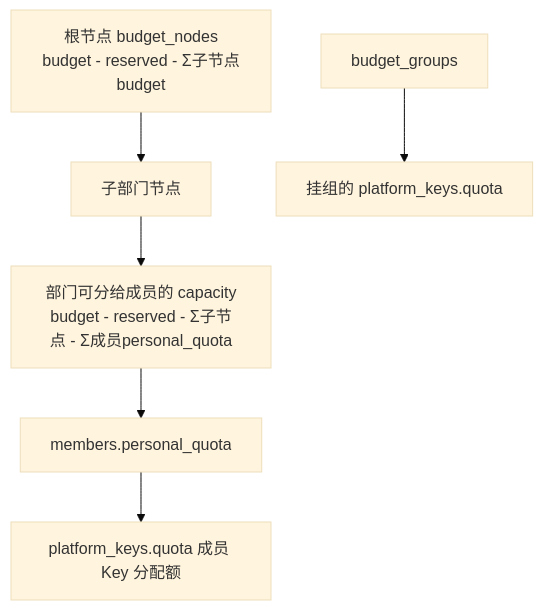
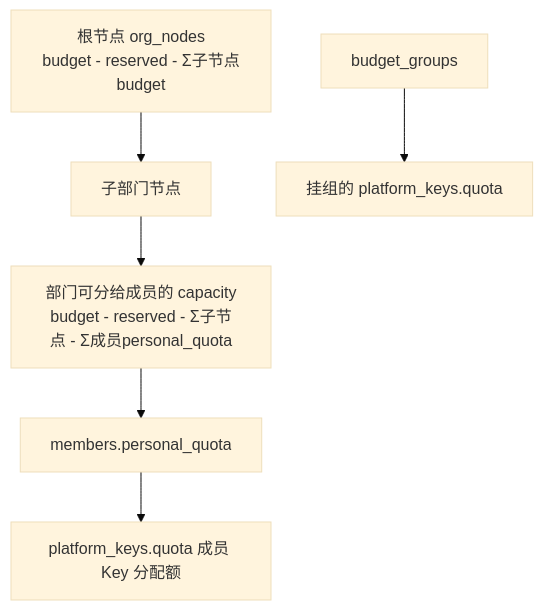
One commit to quyip8818/mytokenjoy changed the second of 5 diagrams in docs/Backend-预算运作.md. Above: the diagram before and after it, drawn with Mermaid (base theme). The commit also changed other lines of this file and 132 other files, not shown here.

````diff
--- a/docs/Backend-预算运作.md
+++ b/docs/Backend-预算运作.md
@@ -123,9 +123,9 @@
 ```mermaid
 flowchart TB
-  ROOT[根节点 budget_nodes<br/>budget - reserved - Σ子节点budget]
+  ROOT[根节点 org_nodes<br/>budget - reserved - Σ子节点budget]
   ROOT --> DEPT[子部门节点]
   DEPT --> CAP[部门可分给成员的 capacity<br/>budget - reserved - Σ子节点 - Σ成员personal_quota]
   CAP --> MEM[members.personal_quota]
   MEM --> KEY[platform_keys.quota 成员 Key 分配额]
   BG[budget_groups] --> GKEY[挂组的 platform_keys.quota]
 ```
````
